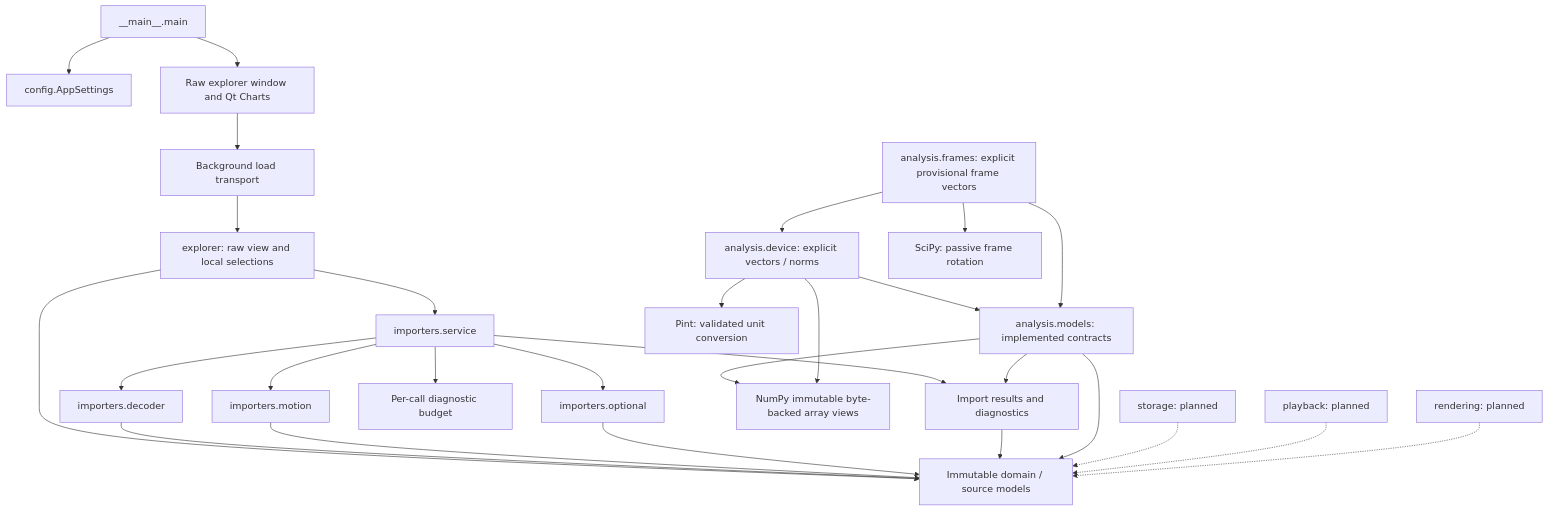
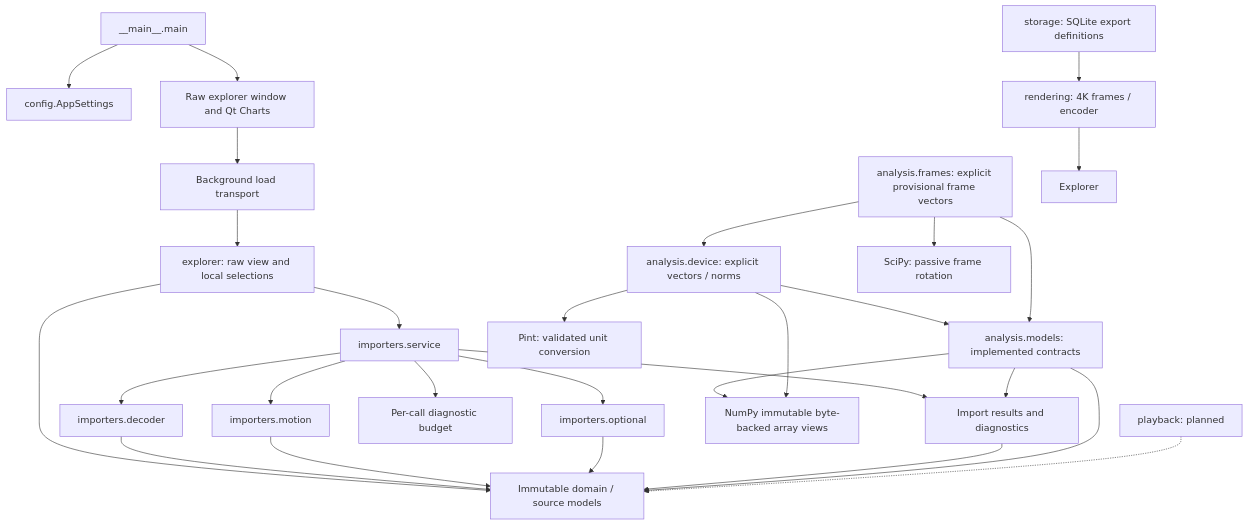
Before and after one commit to rudnerbjoern/ride-forces-analyzer: the diagram in docs/architecture/05_building_block_view.md, drawn with Mermaid. The commit also changed other lines of this file and 44 other files, not shown here.

````diff
--- a/docs/architecture/05_building_block_view.md
+++ b/docs/architecture/05_building_block_view.md
@@ -7,30 +7,30 @@
 ```mermaid
 flowchart TB
     Entry["__main__.main"] --> Settings["config.AppSettings"]
     Entry --> Qt["Raw explorer window and Qt Charts"]
     Qt --> Worker["Background load transport"]
     Worker --> Presentation["explorer: raw view and local selections"]
     Presentation --> Service
     Presentation --> Domain
     Service["importers.service"] --> Decoder["importers.decoder"]
     Service --> Motion["importers.motion"]
     Service --> Optional["importers.optional"]
     Service --> Budget["Per-call diagnostic budget"]
     Service --> Results["Import results and diagnostics"]
     Decoder --> Domain["Immutable domain / source models"]
     Motion --> Domain
     Optional --> Domain
     Results --> Domain
     Analysis["analysis.models: implemented contracts"] --> Domain
     Analysis --> Results
     Analysis --> NumPy["NumPy immutable byte-backed array views"]
     Device["analysis.device: explicit vectors / norms"] --> Analysis
     Device --> NumPy
     Device --> Pint["Pint: validated unit conversion"]
     Frames["analysis.frames: explicit provisional frame vectors"] --> Device
     Frames --> Analysis
     Frames --> SciPy["SciPy: passive frame rotation"]
-    Storage["storage: planned"] -.-> Domain
+    Storage["storage: SQLite export definitions"] --> Rendering
     Playback["playback: planned"] -.-> Domain
-    Rendering["rendering: planned"] -.-> Domain
+    Rendering["rendering: 4K frames / encoder"] --> Explorer
 ```
````
